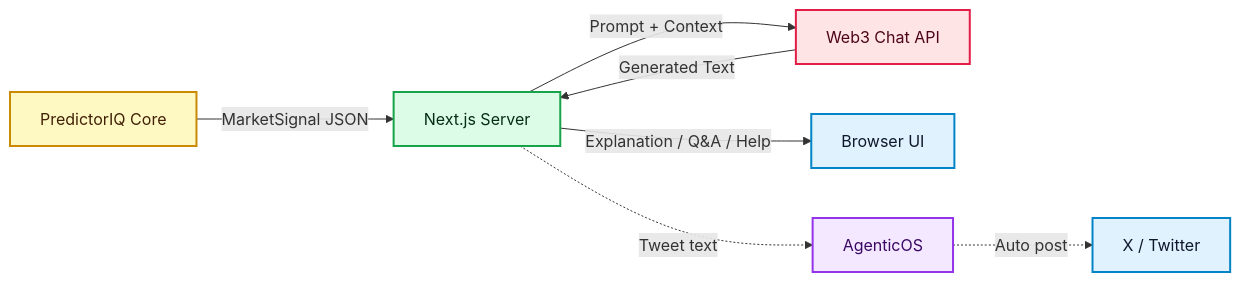
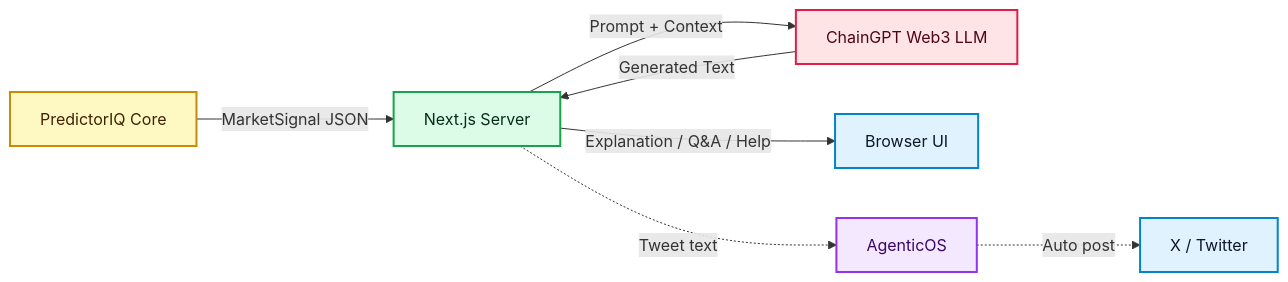
The first of 2 diagrams in docs/CHAINGPT_INTEGRATION_OVERVIEW.md (nelsonjingusc/predictoriq-demo), drawn with Mermaid before and after one commit. The commit also changed other lines of this file, not shown here.

Commit message:
update architecture

````diff
--- a/docs/CHAINGPT_INTEGRATION_OVERVIEW.md
+++ b/docs/CHAINGPT_INTEGRATION_OVERVIEW.md
@@ -14,22 +14,22 @@
 ```mermaid
 flowchart LR
   classDef data fill:#FEF9C3,stroke:#CA8A04,color:#422006,stroke-width:2px
   classDef server fill:#DCFCE7,stroke:#16A34A,color:#052E16,stroke-width:2px
   classDef llm fill:#FFE4E6,stroke:#E11D48,color:#4C0519,stroke-width:2px
   classDef output fill:#E0F2FE,stroke:#0284C7,color:#0F172A,stroke-width:2px
   classDef agent fill:#F3E8FF,stroke:#9333EA,color:#3B0764,stroke-width:2px
 
   A[PredictorIQ Core]:::data
   B[Next.js Server]:::server
-  C[Web3 Chat API]:::llm
+  C[ChainGPT Web3 LLM]:::llm
   D[Browser UI]:::output
   E[AgenticOS]:::agent
   F[X / Twitter]:::output
 
   A -->|MarketSignal JSON| B
   B -->|Prompt + Context| C
   C -->|Generated Text| B
   B -->|Explanation / Q&A / Help| D
   B -.->|Tweet text| E
   E -.->|Auto post| F
 ```
````
